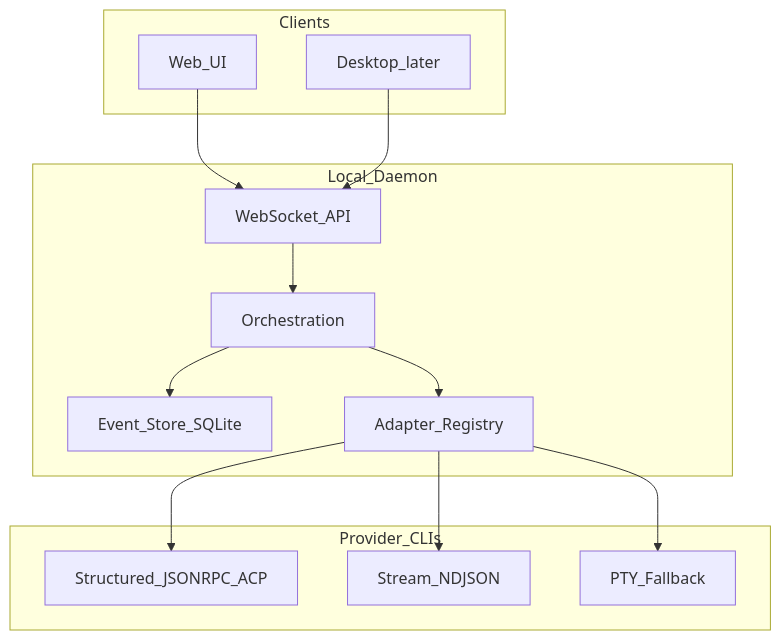
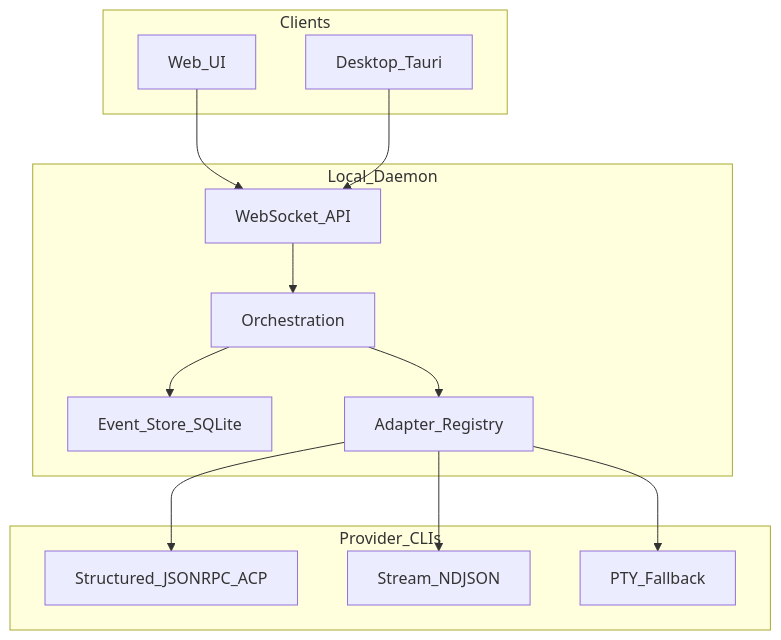
One commit to junaiddshaukat/Divisio changed the diagram in docs/architecture/overview.md. Above: the diagram before and after it, drawn with Mermaid. The commit also changed other lines of this file and 32 other files, not shown here.

````diff
--- a/docs/architecture/overview.md
+++ b/docs/architecture/overview.md
@@ -7,26 +7,26 @@
 ```mermaid
 flowchart TB
   subgraph clients [Clients]
     Web[Web_UI]
-    Desktop[Desktop_later]
+    Desktop[Desktop_Tauri]
   end
   subgraph daemon [Local_Daemon]
     WS[WebSocket_API]
     Orch[Orchestration]
     Store[Event_Store_SQLite]
     Registry[Adapter_Registry]
   end
   subgraph providers [Provider_CLIs]
     Structured[Structured_JSONRPC_ACP]
     Stream[Stream_NDJSON]
     PTY[PTY_Fallback]
   end
   Web --> WS
   Desktop --> WS
   WS --> Orch
   Orch --> Store
   Orch --> Registry
   Registry --> Structured
   Registry --> Stream
   Registry --> PTY
 ```
````
